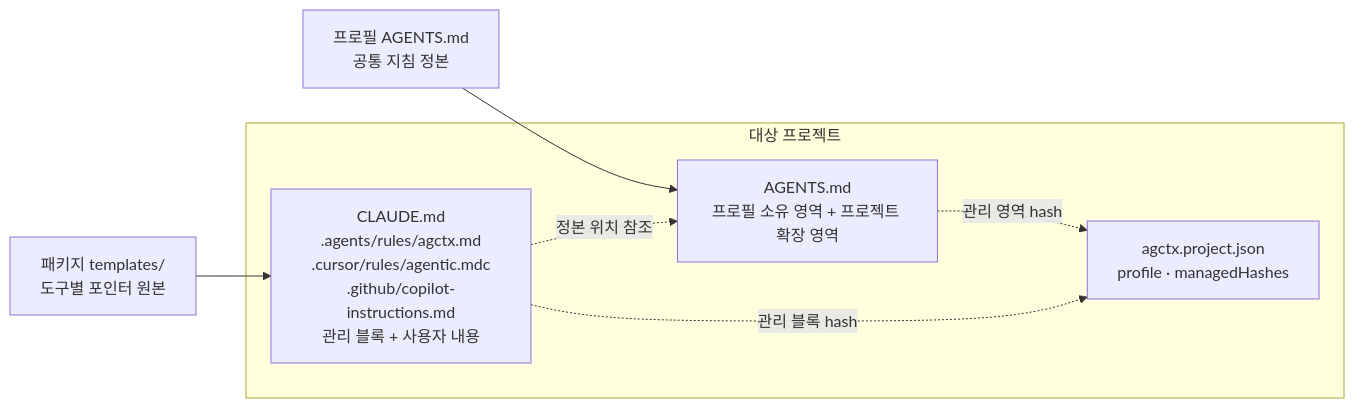
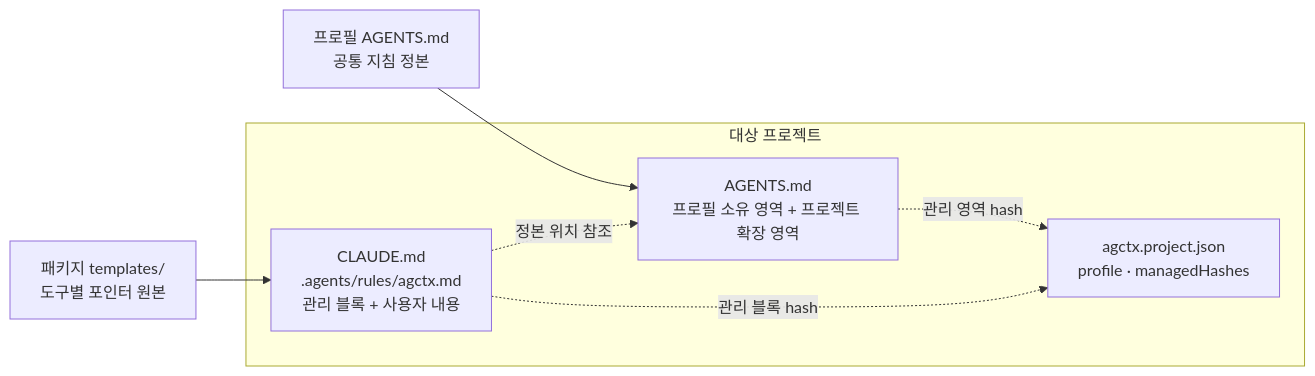
The diagram in docs/discussion/architecture/topics/agent-sync.md (IsthisLee/agent-context-manager), drawn with Mermaid before and after one commit. The commit also changed other lines of this file and 2 other files, not shown here.

Commit message:
docs: 에이전트 산출물 동기화 논의에서 만들지 않는 Cursor·Copilot 포인터를 뺀다

````diff
--- a/docs/discussion/architecture/topics/agent-sync.md
+++ b/docs/discussion/architecture/topics/agent-sync.md
@@ -37,13 +37,13 @@
 ```mermaid
 flowchart LR
   PA["프로필 AGENTS.md<br/>공통 지침 정본"] --> PJA
   T["패키지 templates/<br/>도구별 포인터 원본"] --> ADP
   subgraph P["대상 프로젝트"]
     PJA["AGENTS.md<br/>프로필 소유 영역 + 프로젝트 확장 영역"]
-    ADP["CLAUDE.md<br/>.agents/rules/agctx.md<br/>.cursor/rules/agentic.mdc<br/>.github/copilot-instructions.md<br/>관리 블록 + 사용자 내용"]
+    ADP["CLAUDE.md<br/>.agents/rules/agctx.md<br/>관리 블록 + 사용자 내용"]
     META["agctx.project.json<br/>profile · managedHashes"]
   end
   ADP -.->|정본 위치 참조| PJA
   PJA -.->|관리 영역 hash| META
   ADP -.->|관리 블록 hash| META
 ```
````
